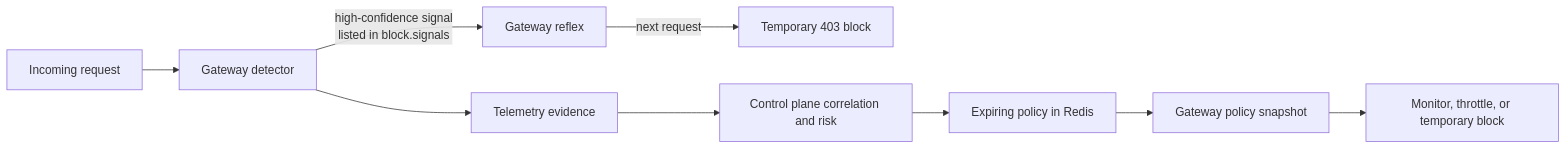
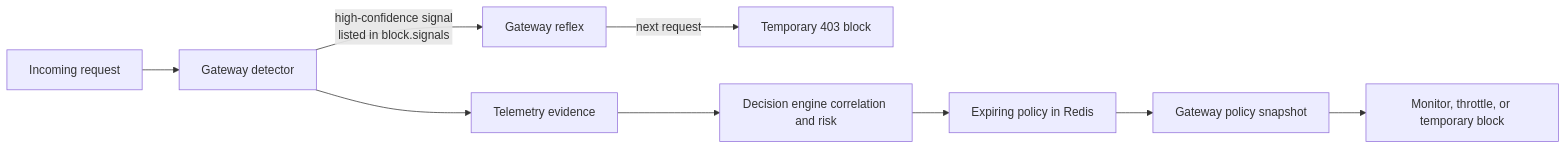
Before and after one commit to Pranav-Hirawat/Intelligent_API_Security_Gateway: the diagram in gateway/docs/modules/enforcement-ownership.md, drawn with Mermaid. The commit also changed other lines of this file and 192 other files, not shown here.

First line of the commit message:
Rename the control plane to the decision engine

````diff
--- a/gateway/docs/modules/enforcement-ownership.md
+++ b/gateway/docs/modules/enforcement-ownership.md
@@ -33,11 +33,11 @@
 ```mermaid
 flowchart LR
     R[Incoming request] --> D[Gateway detector]
     D -->|high-confidence signal<br/>listed in block.signals| X[Gateway reflex]
     X -->|next request| B[Temporary 403 block]
     D --> E[Telemetry evidence]
-    E --> C[Control plane correlation and risk]
+    E --> C[Decision engine correlation and risk]
     C --> P[Expiring policy in Redis]
     P --> G[Gateway policy snapshot]
     G --> M[Monitor, throttle, or temporary block]
 ```
````
